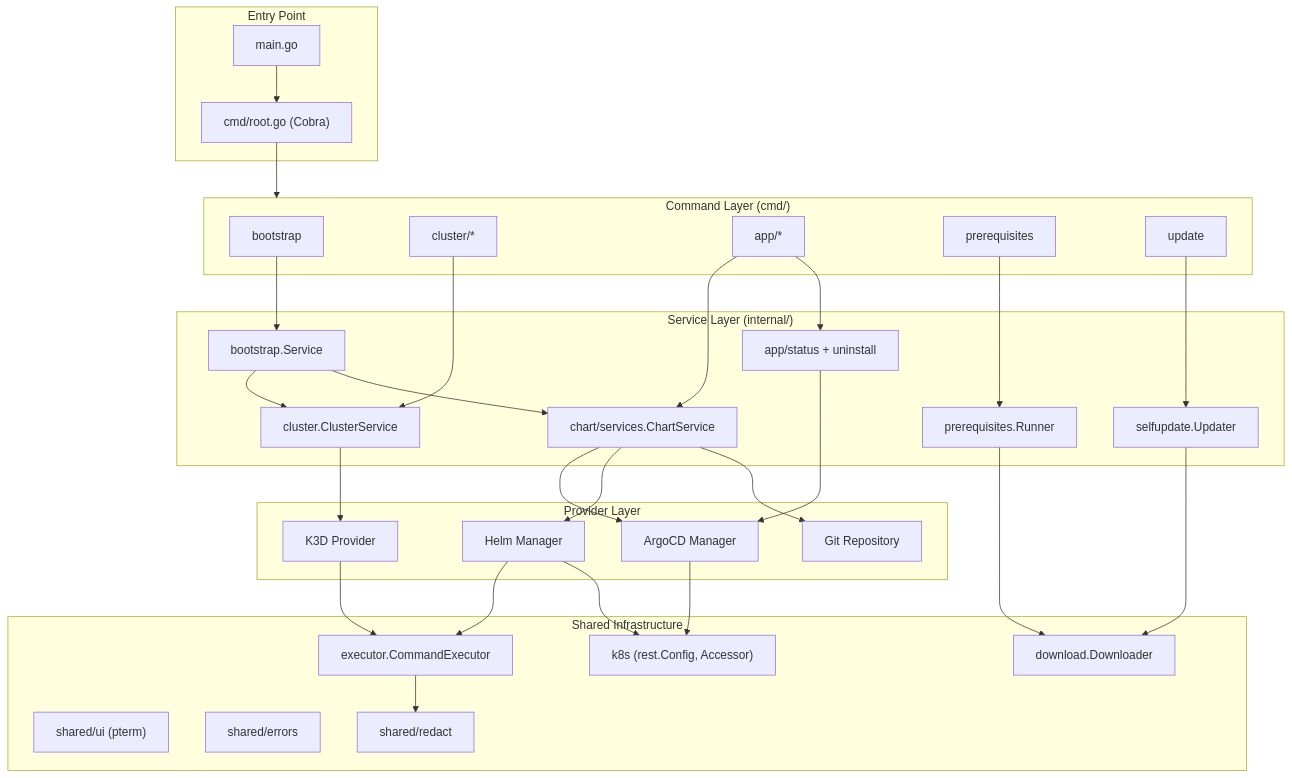
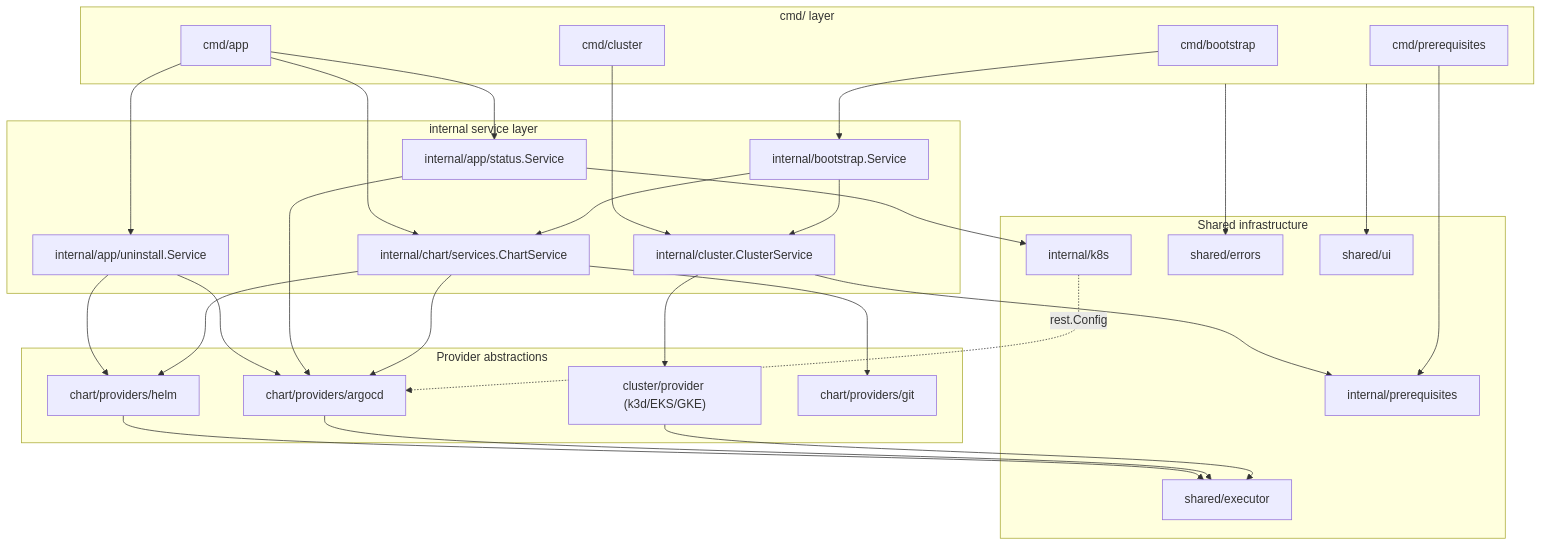
One commit to flamingo-stack/openframe-cli changed the second of 3 diagrams in docs/development/architecture/README.md. Above: the diagram before and after it, drawn with Mermaid. The commit also changed other lines of this file and 9 other files, not shown here.

````diff
--- a/docs/development/architecture/README.md
+++ b/docs/development/architecture/README.md
@@ -11,65 +96,61 @@
 ```mermaid
-graph TB
-    subgraph Entry["Entry Point"]
-        main["main.go"]
-        root["cmd/root.go (Cobra)"]
+flowchart TD
+    subgraph Commands["cmd/ layer"]
+        C_Bootstrap["cmd/bootstrap"]
+        C_Cluster["cmd/cluster"]
+        C_App["cmd/app"]
+        C_Prereq["cmd/prerequisites"]
     end
 
-    subgraph Commands["Command Layer (cmd/)"]
-        bootstrap["bootstrap"]
-        cluster["cluster/*"]
-        app["app/*"]
-        prereq["prerequisites"]
-        update["update"]
+    subgraph Services["internal service layer"]
+        S_Bootstrap["internal/bootstrap.Service"]
+        S_Cluster["internal/cluster.ClusterService"]
+        S_Chart["internal/chart/services.ChartService"]
+        S_Status["internal/app/status.Service"]
+        S_Uninstall["internal/app/uninstall.Service"]
     end
 
-    subgraph Services["Service Layer (internal/)"]
-        bsvc["bootstrap.Service"]
-        csvc["cluster.ClusterService"]
-        chsvc["chart/services.ChartService"]
-        appsvc["app/status + uninstall"]
-        prefw["prerequisites.Runner"]
-        supdater["selfupdate.Updater"]
+    subgraph Providers["Provider abstractions"]
+        P_Cluster["cluster/provider (k3d/EKS/GKE)"]
+        P_ArgoCD["chart/providers/argocd"]
+        P_Helm["chart/providers/helm"]
+        P_Git["chart/providers/git"]
     end
 
-    subgraph Providers["Provider Layer"]
-        k3dp["K3D Provider"]
-        argop["ArgoCD Manager"]
-        helmp["Helm Manager"]
-        gitp["Git Repository"]
+    subgraph SharedInfra["Shared infrastructure"]
+        K8sAccess["internal/k8s"]
+        Exec["shared/executor"]
+        PrereqFw["internal/prerequisites"]
+        Errors["shared/errors"]
+        UI["shared/ui"]
     end
 
-    subgraph Shared["Shared Infrastructure"]
-        exec["executor.CommandExecutor"]
-        k8spkg["k8s (rest.Config, Accessor)"]
-        uipkg["shared/ui (pterm)"]
-        errpkg["shared/errors"]
-        redact["shared/redact"]
-        dl["download.Downloader"]
-    end
+    C_Bootstrap --> S_Bootstrap
+    S_Bootstrap --> S_Cluster
+    S_Bootstrap --> S_Chart
 
-    main --> root
-    root --> Commands
-    bootstrap --> bsvc
-    cluster --> csvc
-    app --> chsvc
-    app --> appsvc
-    prereq --> prefw
-    update --> supdater
+    C_Cluster --> S_Cluster
+    S_Cluster --> P_Cluster
+    P_Cluster --> Exec
 
-    bsvc --> csvc
-    bsvc --> chsvc
-    csvc --> k3dp
-    chsvc --> argop
-    chsvc --> helmp
-    chsvc --> gitp
-    appsvc --> argop
+    C_App --> S_Chart
+    C_App --> S_Status
+    C_App --> S_Uninstall
+    S_Chart --> P_ArgoCD
+    S_Chart --> P_Helm
+    S_Chart --> P_Git
+    S_Status --> P_ArgoCD
+    S_Status --> K8sAccess
+    S_Uninstall --> P_ArgoCD
+    S_Uninstall --> P_Helm
 
-    k3dp --> exec
-    helmp --> exec
-    argop --> k8spkg
-    helmp --> k8spkg
-    prefw --> dl
-    supdater --> dl
-    exec --> redact
+    C_Prereq --> PrereqFw
+    S_Cluster --> PrereqFw
+
+    P_ArgoCD --> Exec
+    P_Helm --> Exec
+    K8sAccess -.->|"rest.Config"| P_ArgoCD
+
+    Commands --> Errors
+    Commands --> UI
 ```
````
